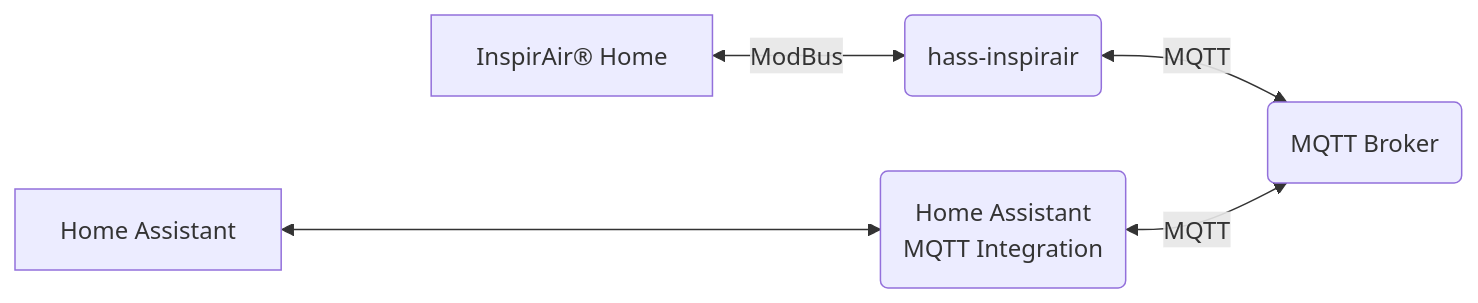
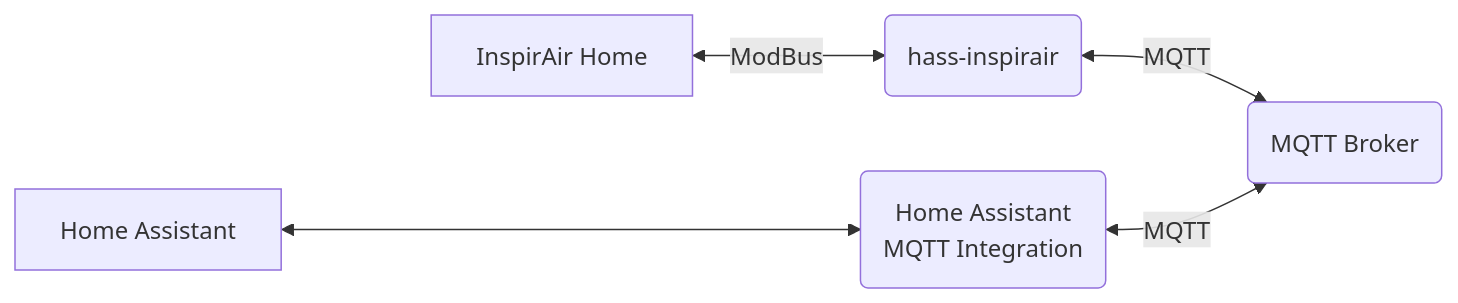
The first of 5 diagrams in README.md (The-Smartest-Home/hass_inspirair), drawn with Mermaid before and after one commit. The commit also changed other lines of this file, not shown here.

````diff
--- a/README.md
+++ b/README.md
@@ -19,7 +19,7 @@
 ```mermaid
 graph LR
     P(hass-inspirair) <-- MQTT --> M(MQTT Broker)
-    I[InspirAir® Home] <-- ModBus --> P
+    I[InspirAir Home] <-- ModBus --> P
     HM(Home Assistant \n MQTT Integration) <--MQTT--> M
     H[Home Assistant] <----> HM
 ```
````
